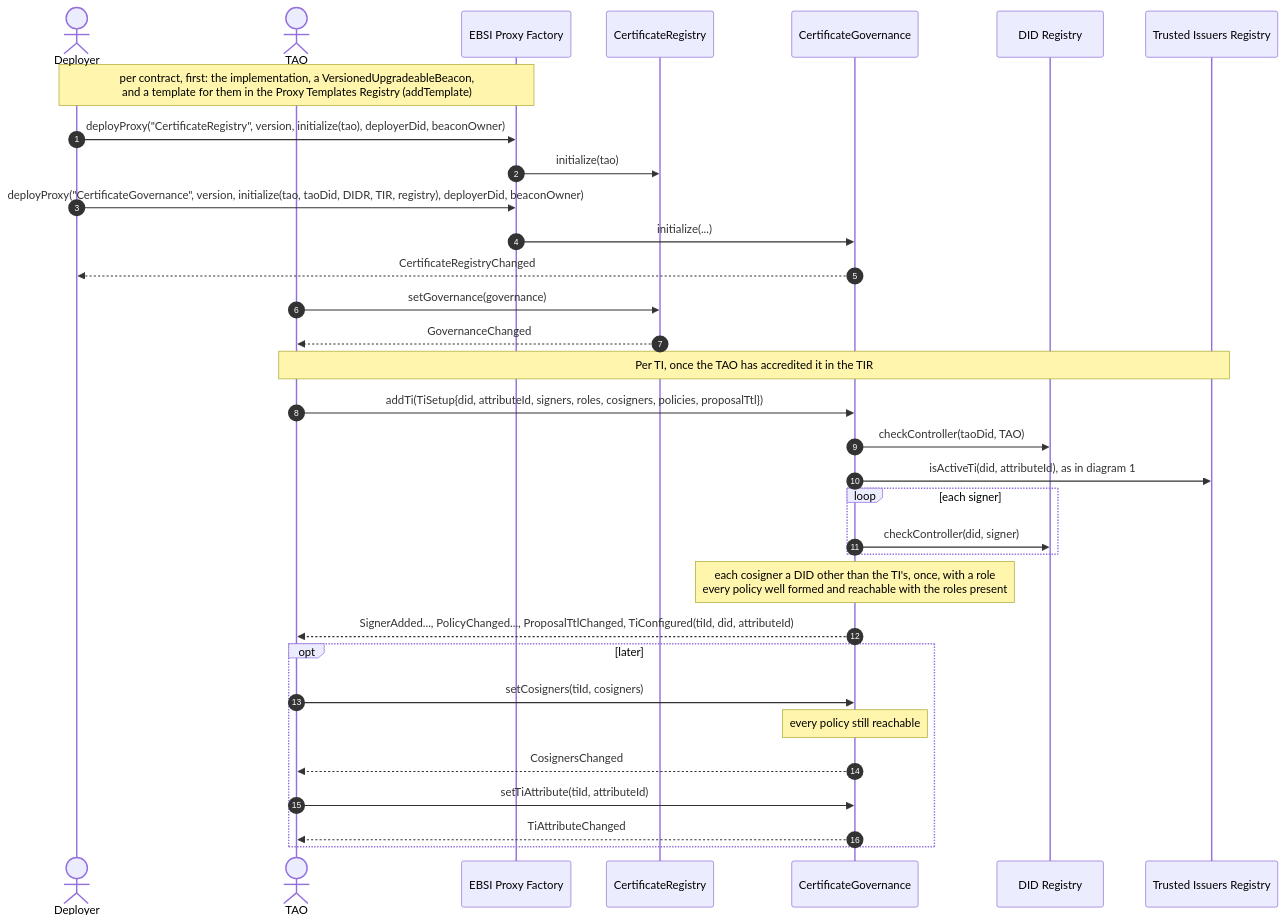
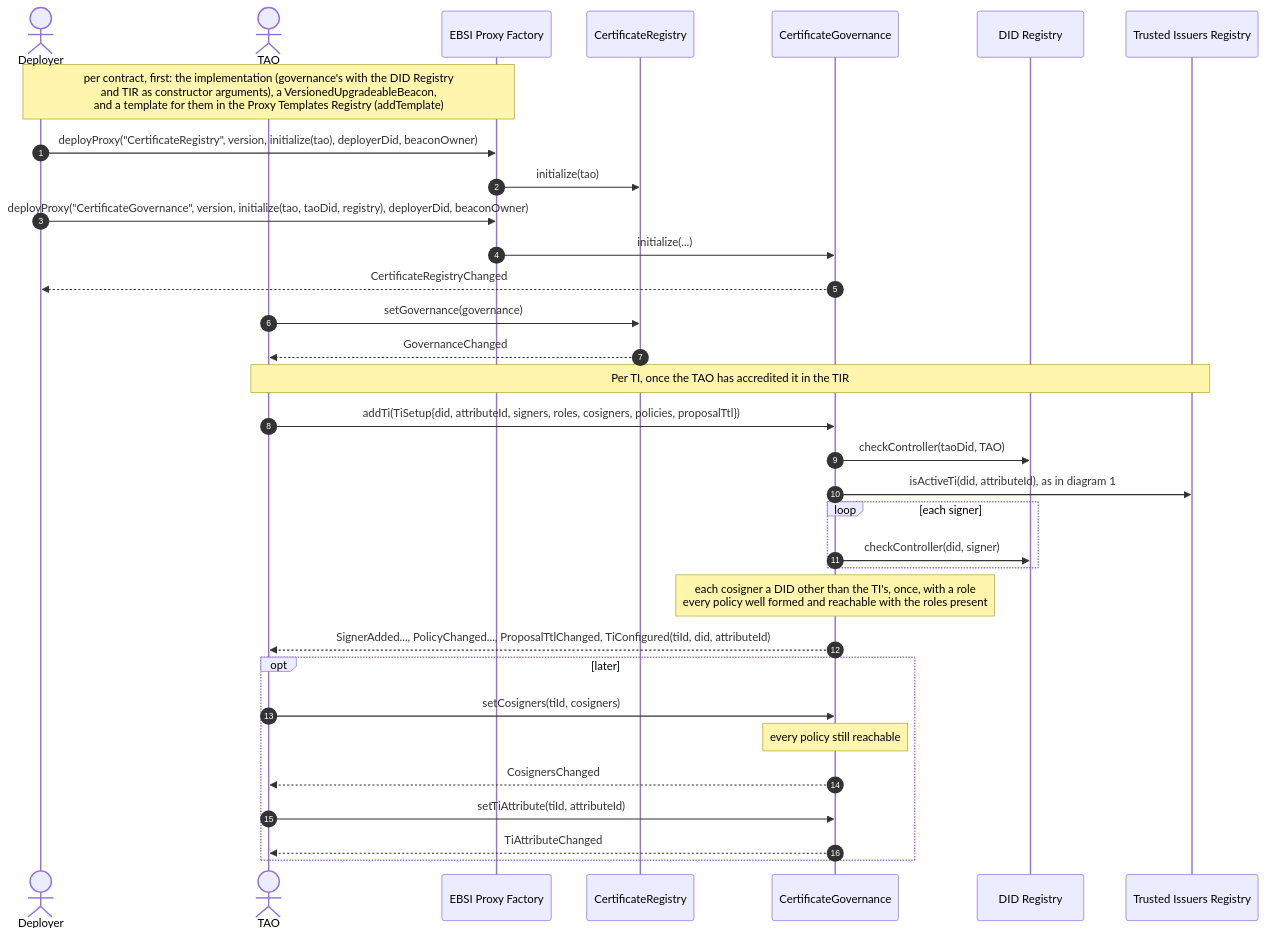
The second of 9 diagrams in contracts/docs/sequence-diagrams.md (fiit-ba/ebsi-licences-for-cybersecurity-managers), drawn with Mermaid before and after one commit. The commit also changed other lines of this file and 192 other files, not shown here.

Commit message:
feat(mvp): Add schemas, fixes, specification and architecture

````diff
--- a/contracts/docs/sequence-diagrams.md
+++ b/contracts/docs/sequence-diagrams.md
@@ -82,38 +83,38 @@
 ```mermaid
 sequenceDiagram
     autonumber
     actor Dep as Deployer
     actor TAO
     participant F as EBSI Proxy Factory
     participant R as CertificateRegistry
     participant G as CertificateGovernance
     participant D as DID Registry
     participant T as Trusted Issuers Registry
 
-    Note over Dep,F: per contract, first: the implementation, a VersionedUpgradeableBeacon,<br/>and a template for them in the Proxy Templates Registry (addTemplate)
+    Note over Dep,F: per contract, first: the implementation (governance's with the DID Registry<br/>and TIR as constructor arguments), a VersionedUpgradeableBeacon,<br/>and a template for them in the Proxy Templates Registry (addTemplate)
     Dep->>F: deployProxy("CertificateRegistry", version, initialize(tao), deployerDid, beaconOwner)
     F->>R: initialize(tao)
-    Dep->>F: deployProxy("CertificateGovernance", version, initialize(tao, taoDid, DIDR, TIR, registry), deployerDid, beaconOwner)
+    Dep->>F: deployProxy("CertificateGovernance", version, initialize(tao, taoDid, registry), deployerDid, beaconOwner)
     F->>G: initialize(...)
     G-->>Dep: CertificateRegistryChanged
     TAO->>R: setGovernance(governance)
     R-->>TAO: GovernanceChanged
 
     Note over TAO,T: Per TI, once the TAO has accredited it in the TIR
     TAO->>G: addTi(TiSetup{did, attributeId, signers, roles, cosigners, policies, proposalTtl})
     G->>D: checkController(taoDid, TAO)
     G->>T: isActiveTi(did, attributeId), as in diagram 1
     loop each signer
         G->>D: checkController(did, signer)
     end
     Note over G: each cosigner a DID other than the TI's, once, with a role<br/>every policy well formed and reachable with the roles present
     G-->>TAO: SignerAdded..., PolicyChanged..., ProposalTtlChanged, TiConfigured(tiId, did, attributeId)
 
     opt later
         TAO->>G: setCosigners(tiId, cosigners)
         Note over G: every policy still reachable
         G-->>TAO: CosignersChanged
         TAO->>G: setTiAttribute(tiId, attributeId)
         G-->>TAO: TiAttributeChanged
     end
 ```
````
